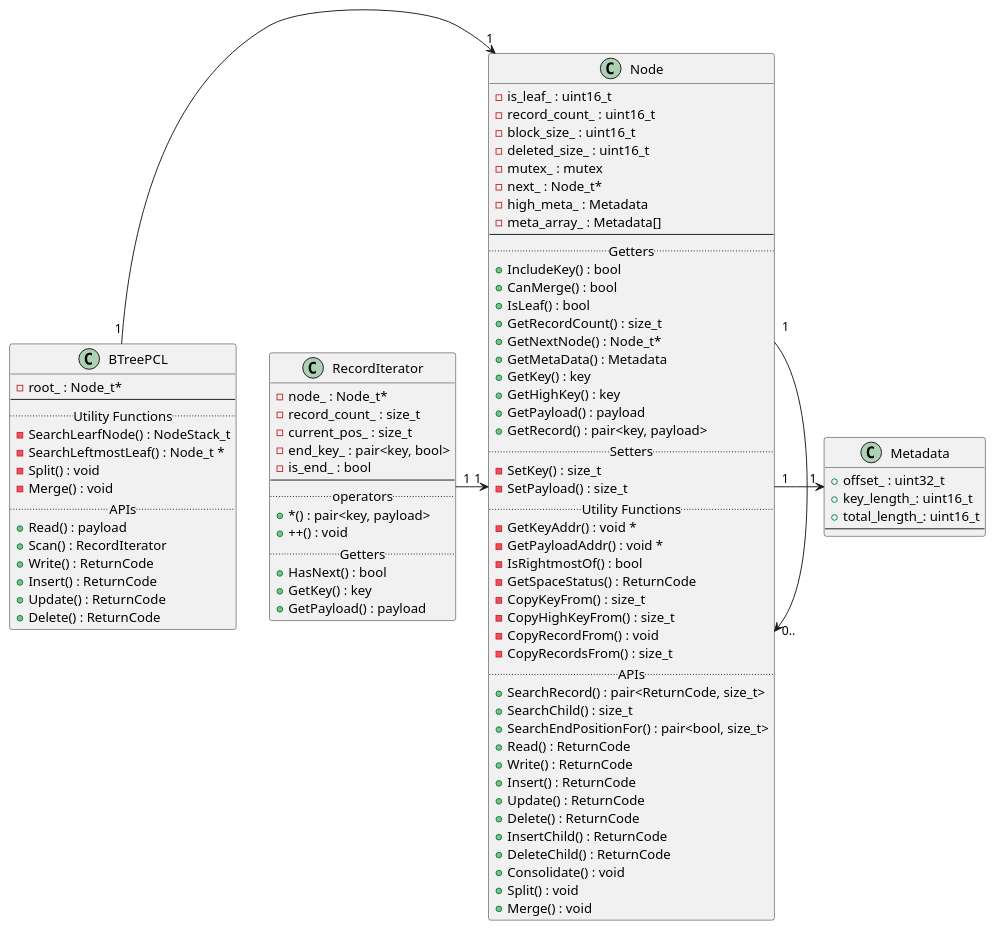
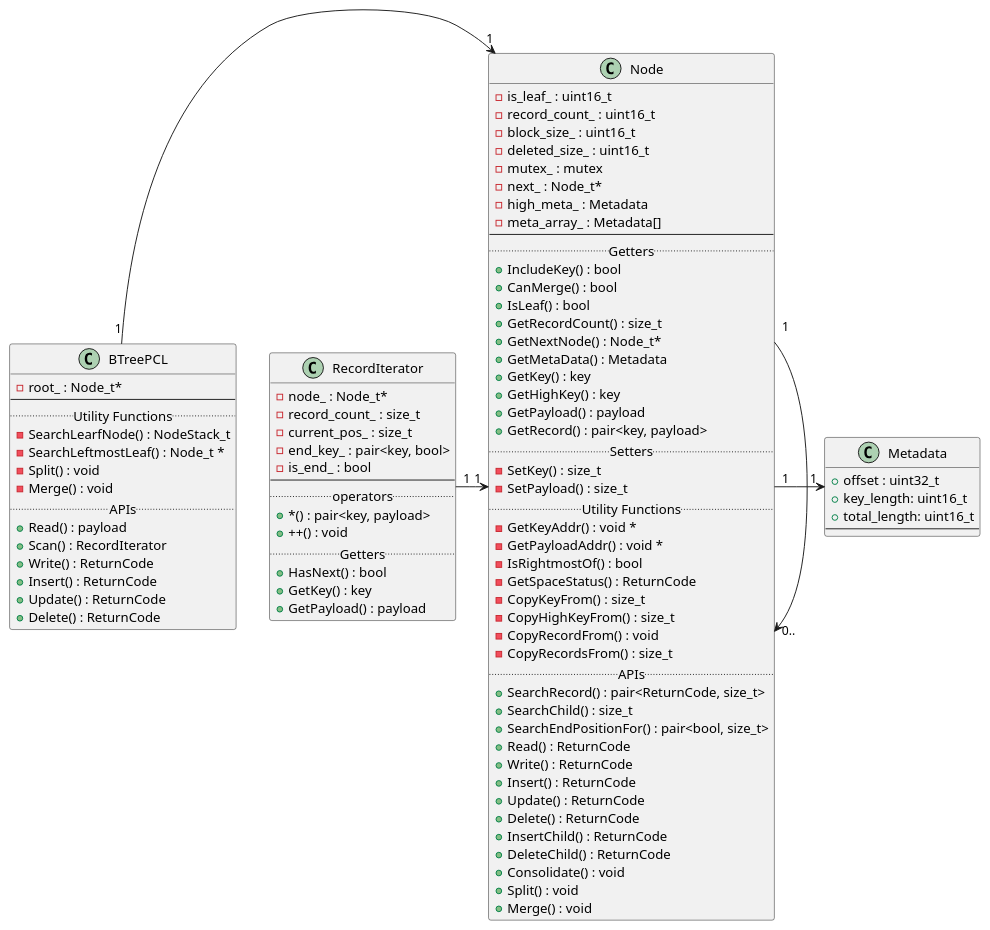
Before and after one commit to dbgroup-nagoya-u/b-tree: the diagram in design_doc/figures/src/b_tree_pcl_class.wsd, drawn with PlantUML. The commit also changed 6 other files, not shown here.

```diff
--- a/design_doc/figures/src/b_tree_pcl_class.wsd
+++ b/design_doc/figures/src/b_tree_pcl_class.wsd
@@ -1,97 +1,97 @@
 @startuml
 
 class BTreePCL{
   -root_ : Node_t*
 --
 .. Utility Functions ..
   -SearchLearfNode() : NodeStack_t
   -SearchLeftmostLeaf() : Node_t *
   -Split() : void
   -Merge() : void
 .. APIs ..
   +Read() : payload
   +Scan() : RecordIterator
   +Write() : ReturnCode
   +Insert() : ReturnCode
   +Update() : ReturnCode
   +Delete() : ReturnCode
 }
 
 class Node{
   -is_leaf_ : uint16_t
   -record_count_ : uint16_t
   -block_size_ : uint16_t
   -deleted_size_ : uint16_t
   -mutex_ : mutex
   -next_ : Node_t*
   -high_meta_ : Metadata
   -meta_array_ : Metadata[]
 --
 .. Getters ..
   +IncludeKey() : bool
   +CanMerge() : bool
   +IsLeaf() : bool
   +GetRecordCount() : size_t
   +GetNextNode() : Node_t*
   +GetMetaData() : Metadata
   +GetKey() : key
   +GetHighKey() : key
   +GetPayload() : payload
   +GetRecord() : pair<key, payload>
 .. Setters ..
   -SetKey() : size_t
   -SetPayload() : size_t
 .. Utility Functions ..
   -GetKeyAddr() : void *
   -GetPayloadAddr() : void *
   -IsRightmostOf() : bool
   -GetSpaceStatus() : ReturnCode
   -CopyKeyFrom() : size_t
   -CopyHighKeyFrom() : size_t
   -CopyRecordFrom() : void
   -CopyRecordsFrom() : size_t
 .. APIs ..
   +SearchRecord() : pair<ReturnCode, size_t>
   +SearchChild() : size_t
   +SearchEndPositionFor() : pair<bool, size_t>
   +Read() : ReturnCode
   +Write() : ReturnCode
   +Insert() : ReturnCode
   +Update() : ReturnCode
   +Delete() : ReturnCode
   +InsertChild() : ReturnCode
   +DeleteChild() : ReturnCode
   +Consolidate() : void
   +Split() : void
   +Merge() : void
 }
 
 class Metadata{
-  +offset_ : uint32_t
-  +key_length_: uint16_t
-  +total_length_: uint16_t
+  +offset : uint32_t
+  +key_length: uint16_t
+  +total_length: uint16_t
 --
 }
 
 class RecordIterator{
   -node_ : Node_t*
   -record_count_ : size_t
   -current_pos_ : size_t
   -end_key_ : pair<key, bool>
   -is_end_ : bool
 --
 .. operators ..
   + *() : pair<key, payload>
   + ++() : void
 .. Getters ..
   +HasNext() : bool
   +GetKey() : key
   +GetPayload() : payload
 }
 
 BTreePCL "1" -> "1" Node
 Node "1" -> "1" Metadata
 Node "1" -> "0.." Node
 RecordIterator "1" -> "1" Node
 
 @enduml
```
